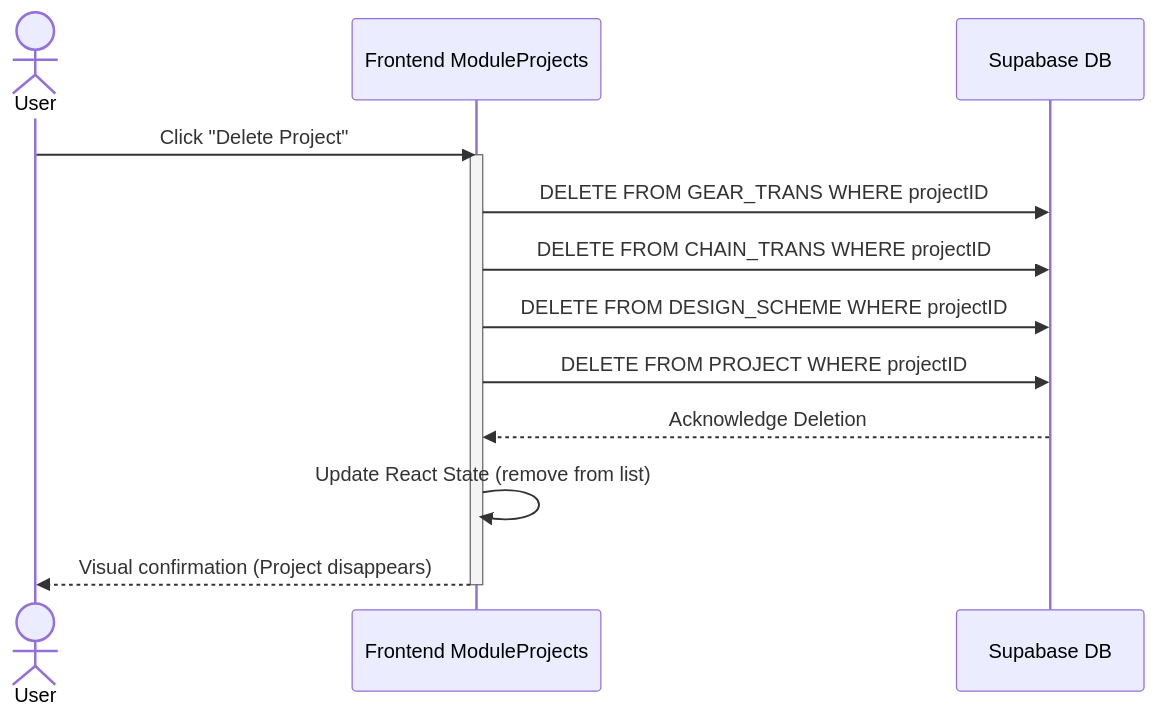
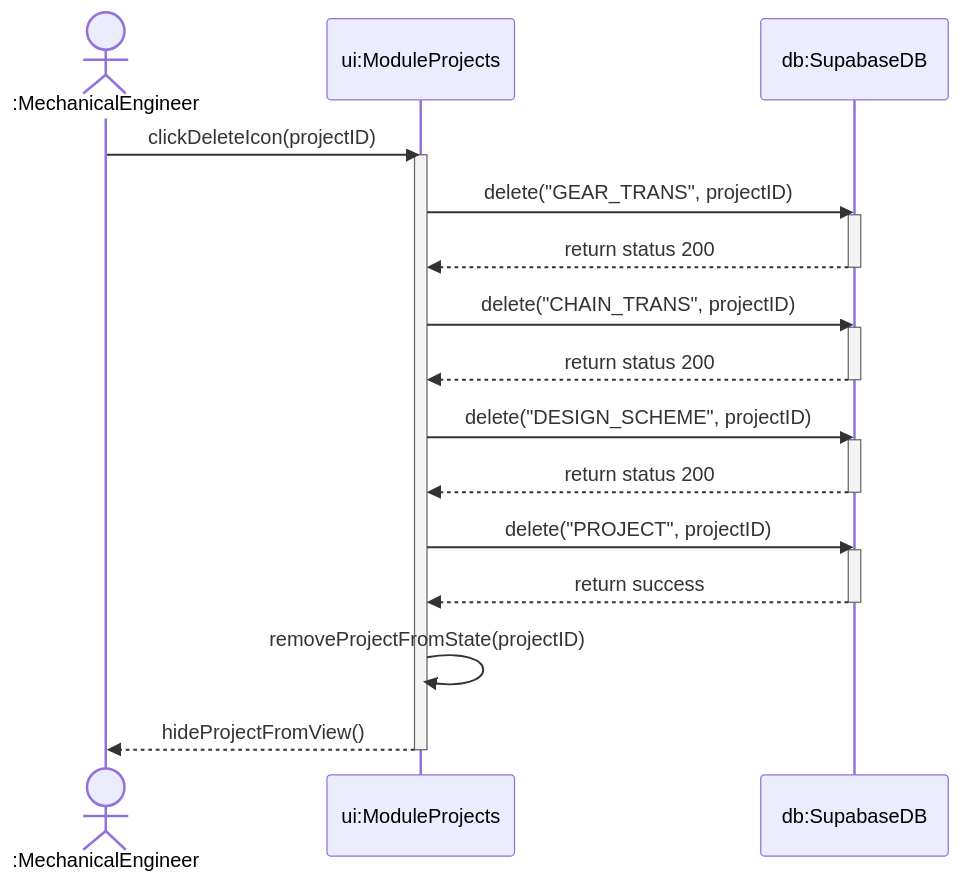
Before and after one commit to dvydinh/mechdrive: the sixth of 6 diagrams in README.md, drawn with Mermaid. The commit also changed other lines of this file and 5 other files, not shown here.

Commit message:
fix uml diagrams based on theoretical guides

````diff
--- a/README.md
+++ b/README.md
@@ -271,17 +345,33 @@
 ```mermaid
 sequenceDiagram
-    actor User
-    participant UI as Frontend ModuleProjects
-    participant DB as Supabase DB
+    actor Eng as :MechanicalEngineer
+    participant UI as ui:ModuleProjects
+    participant DB as db:SupabaseDB
 
-    User->>UI: Click "Delete Project"
+    Eng->>UI: clickDeleteIcon(projectID)
     activate UI
-    UI->>DB: DELETE FROM GEAR_TRANS WHERE projectID
-    UI->>DB: DELETE FROM CHAIN_TRANS WHERE projectID
-    UI->>DB: DELETE FROM DESIGN_SCHEME WHERE projectID
-    UI->>DB: DELETE FROM PROJECT WHERE projectID
-    DB-->>UI: Acknowledge Deletion
-    UI->>UI: Update React State (remove from list)
-    UI-->>User: Visual confirmation (Project disappears)
+    
+    UI->>DB: delete("GEAR_TRANS", projectID)
+    activate DB
+    DB-->>UI: return status 200
+    deactivate DB
+    
+    UI->>DB: delete("CHAIN_TRANS", projectID)
+    activate DB
+    DB-->>UI: return status 200
+    deactivate DB
+    
+    UI->>DB: delete("DESIGN_SCHEME", projectID)
+    activate DB
+    DB-->>UI: return status 200
+    deactivate DB
+    
+    UI->>DB: delete("PROJECT", projectID)
+    activate DB
+    DB-->>UI: return success
+    deactivate DB
+    
+    UI->>UI: removeProjectFromState(projectID)
+    UI-->>Eng: hideProjectFromView()
     deactivate UI
 ```
````
